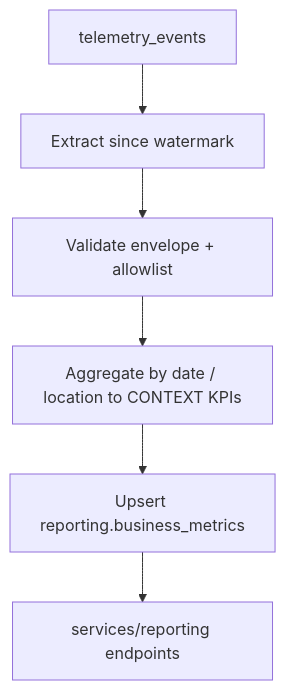
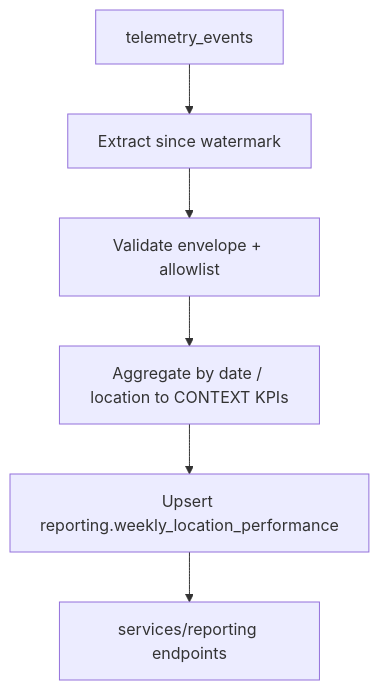
One commit to 4GeeksAcademy/ai-engineering-syllabus changed the diagram in content/projects/ai-eng-milestone-data-pipeline-build/.learn/solution/PIPELINE_DESIGN.example.md. Above: the diagram before and after it, drawn with Mermaid. The commit also changed other lines of this file and 24 other files, not shown here.

````diff
--- a/content/projects/ai-eng-milestone-data-pipeline-build/.learn/solution/PIPELINE_DESIGN.example.md
+++ b/content/projects/ai-eng-milestone-data-pipeline-build/.learn/solution/PIPELINE_DESIGN.example.md
@@ -33,8 +35,8 @@
 ```mermaid
 flowchart TD
   A[telemetry_events] --> B[Extract since watermark]
   B --> C[Validate envelope + allowlist]
   C --> D[Aggregate by date / location to CONTEXT KPIs]
-  D --> E[Upsert reporting.business_metrics]
+  D --> E[Upsert reporting.weekly_location_performance]
   E --> F[services/reporting endpoints]
 ```
````
